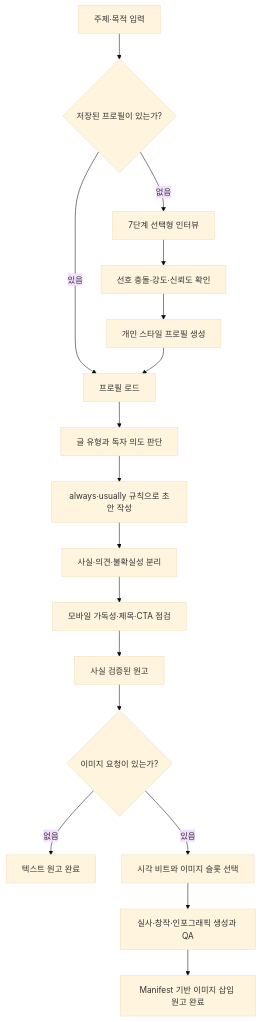
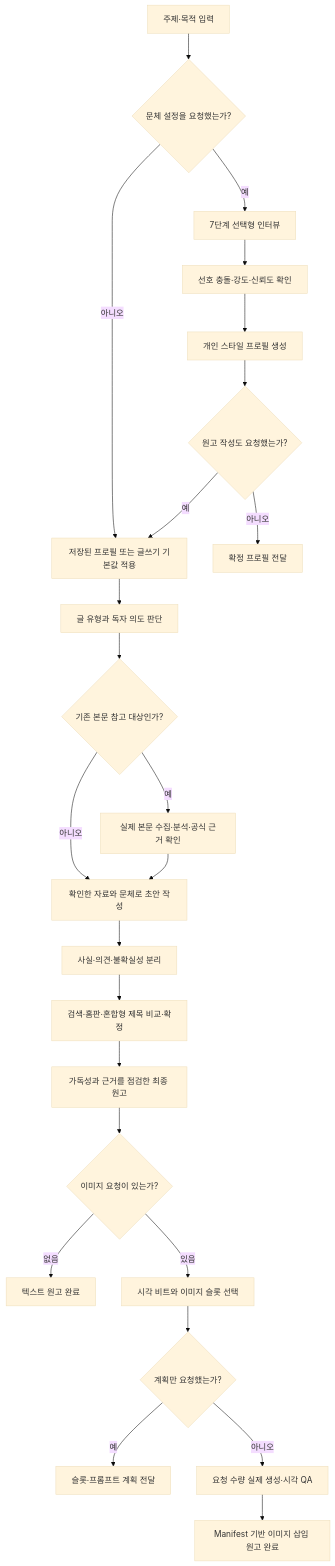
One commit to coreline-ai/naver_blog_skill changed the first of 3 diagrams in README.md. Above: the diagram before and after it, drawn with Mermaid (base theme). The commit also changed other lines of this file and 45 other files, not shown here.

````diff
--- a/README.md
+++ b/README.md
@@ -157,19 +236,26 @@
 ```mermaid
 flowchart TD
-    A["주제·목적 입력"] --> B{"저장된 프로필이 있는가?"}
-    B -- "없음" --> C["7단계 선택형 인터뷰"]
+    A["주제·목적 입력"] --> B{"문체 설정을 요청했는가?"}
+    B -- "예" --> C["7단계 선택형 인터뷰"]
     C --> D["선호 충돌·강도·신뢰도 확인"]
     D --> E["개인 스타일 프로필 생성"]
-    B -- "있음" --> F["프로필 로드"]
-    E --> F
+    B -- "아니오" --> F["저장된 프로필 또는 글쓰기 기본값 적용"]
+    E --> Y{"원고 작성도 요청했는가?"}
+    Y -- "예" --> F
+    Y -- "아니오" --> Z["확정 프로필 전달"]
     F --> G["글 유형과 독자 의도 판단"]
-    G --> H["always·usually 규칙으로 초안 작성"]
+    G --> R{"기존 본문 참고 대상인가?"}
+    R -- "예" --> S["실제 본문 수집·분석·공식 근거 확인"]
+    R -- "아니오" --> H["확인한 자료와 문체로 초안 작성"]
+    S --> H
     H --> I["사실·의견·불확실성 분리"]
-    I --> J["모바일 가독성·제목·CTA 점검"]
-    J --> K["사실 검증된 원고"]
+    I --> J["검색·홈판·혼합형 제목 비교·확정"]
+    J --> K["가독성과 근거를 점검한 최종 원고"]
     K --> L{"이미지 요청이 있는가?"}
     L -- "없음" --> M["텍스트 원고 완료"]
     L -- "있음" --> N["시각 비트와 이미지 슬롯 선택"]
-    N --> O["실사·창작·인포그래픽 생성과 QA"]
+    N --> V{"계획만 요청했는가?"}
+    V -- "예" --> W["슬롯·프롬프트 계획 전달"]
+    V -- "아니오" --> O["요청 수량 실제 생성·시각 QA"]
     O --> P["Manifest 기반 이미지 삽입 원고 완료"]
 ```
````
